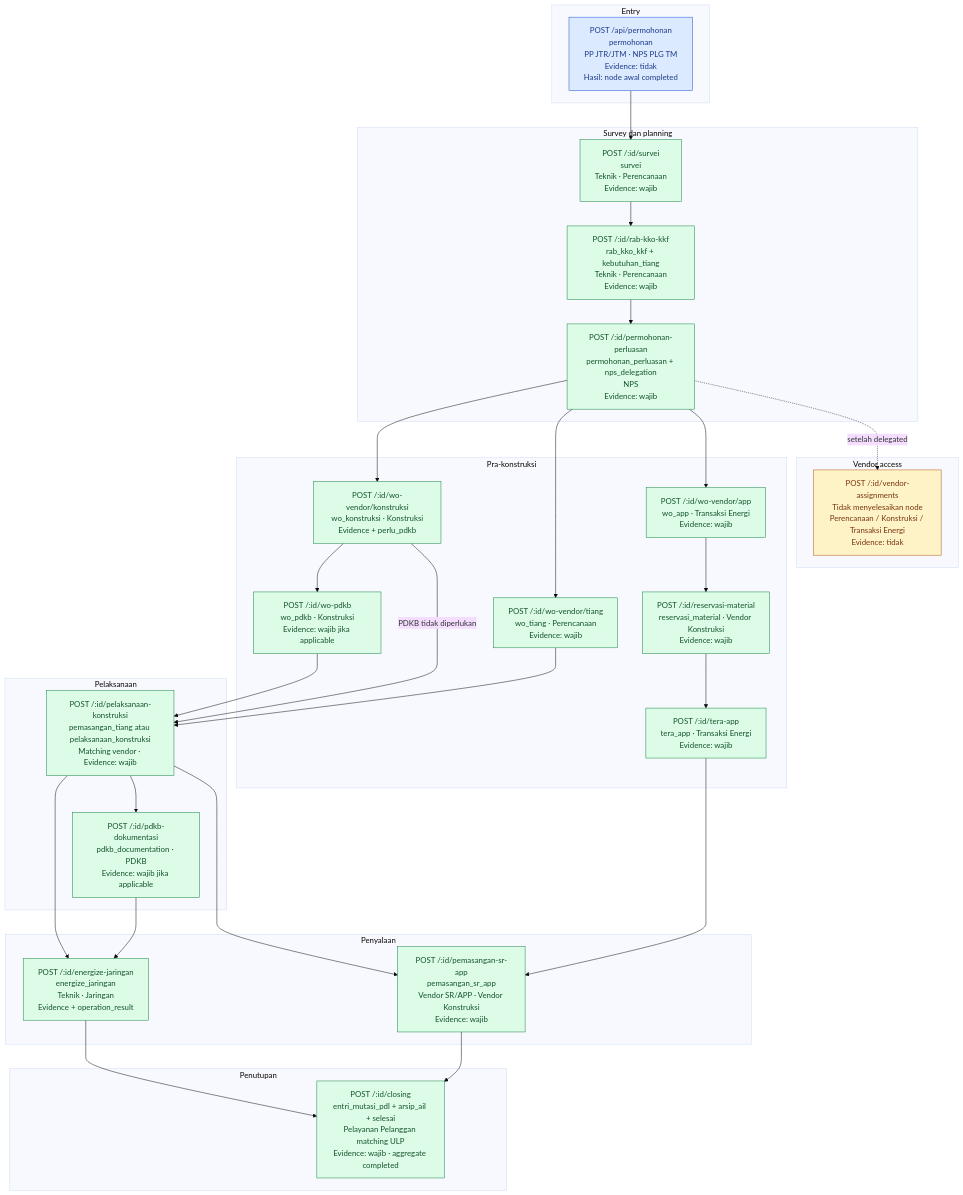
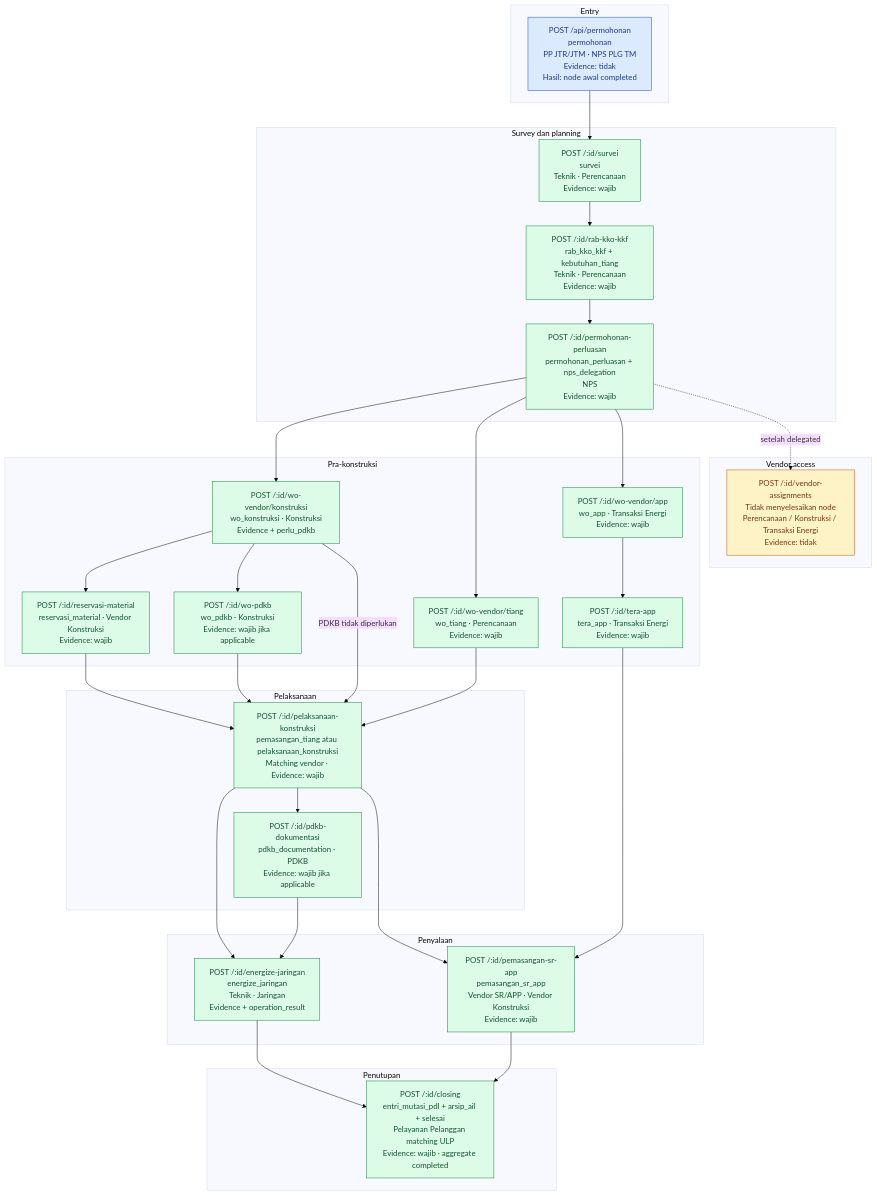
The diagram in docs/architecture/diagrams/08-api-action-map.md (pln-colabora/colabora-be), drawn with Mermaid (base theme) before and after one commit. The commit also changed 14 other files, not shown here.

````diff
--- a/docs/architecture/diagrams/08-api-action-map.md
+++ b/docs/architecture/diagrams/08-api-action-map.md
@@ -6,57 +6,58 @@
 ```mermaid
 flowchart TB
   classDef create fill:#dbeafe,stroke:#1d4ed8,color:#1e3a8a
   classDef evidence fill:#dcfce7,stroke:#15803d,color:#14532d
   classDef assignment fill:#fef3c7,stroke:#b45309,color:#78350f
 
   subgraph ENTRY["Entry"]
     create_req["POST /api/permohonan<br/>permohonan<br/>PP JTR/JTM · NPS PLG TM<br/>Evidence: tidak<br/>Hasil: node awal completed"]
   end
   subgraph S2S3["Survey dan planning"]
     survey["POST /:id/survei<br/>survei<br/>Teknik · Perencanaan<br/>Evidence: wajib"]
     rab["POST /:id/rab-kko-kkf<br/>rab_kko_kkf + kebutuhan_tiang<br/>Teknik · Perencanaan<br/>Evidence: wajib"]
     expansion["POST /:id/permohonan-perluasan<br/>permohonan_perluasan + nps_delegation<br/>NPS<br/>Evidence: wajib"]
   end
   subgraph ASSIGN["Vendor access"]
     assignment_req["POST /:id/vendor-assignments<br/>Tidak menyelesaikan node<br/>Perencanaan / Konstruksi / Transaksi Energi<br/>Evidence: tidak"]
   end
   subgraph S4["Pra-konstruksi"]
     wotiang["POST /:id/wo-vendor/tiang<br/>wo_tiang · Perencanaan<br/>Evidence: wajib"]
     wokonstruksi["POST /:id/wo-vendor/konstruksi<br/>wo_konstruksi · Konstruksi<br/>Evidence + perlu_pdkb"]
     woapp["POST /:id/wo-vendor/app<br/>wo_app · Transaksi Energi<br/>Evidence: wajib"]
     reservasi["POST /:id/reservasi-material<br/>reservasi_material · Vendor Konstruksi<br/>Evidence: wajib"]
     tera["POST /:id/tera-app<br/>tera_app · Transaksi Energi<br/>Evidence: wajib"]
     wopdkb["POST /:id/wo-pdkb<br/>wo_pdkb · Konstruksi<br/>Evidence: wajib jika applicable"]
   end
   subgraph S5["Pelaksanaan"]
     construction["POST /:id/pelaksanaan-konstruksi<br/>pemasangan_tiang atau pelaksanaan_konstruksi<br/>Matching vendor · Evidence: wajib"]
     pdkbdoc["POST /:id/pdkb-dokumentasi<br/>pdkb_documentation · PDKB<br/>Evidence: wajib jika applicable"]
   end
   subgraph S6["Penyalaan"]
     energize["POST /:id/energize-jaringan<br/>energize_jaringan<br/>Teknik · Jaringan<br/>Evidence + operation_result"]
     srapp["POST /:id/pemasangan-sr-app<br/>pemasangan_sr_app<br/>Vendor SR/APP · Vendor Konstruksi<br/>Evidence: wajib"]
   end
   subgraph S7["Penutupan"]
     closing["POST /:id/closing<br/>entri_mutasi_pdl + arsip_ail + selesai<br/>Pelayanan Pelanggan matching ULP<br/>Evidence: wajib · aggregate completed"]
   end
 
   create_req --> survey --> rab --> expansion
   expansion -. setelah delegated .-> assignment_req
   expansion --> wotiang
   expansion --> wokonstruksi
-  expansion --> woapp --> reservasi --> tera
+  expansion --> woapp --> tera
+  wokonstruksi --> reservasi --> construction
   wokonstruksi --> wopdkb --> construction
   wokonstruksi -->|PDKB tidak diperlukan| construction
   wotiang --> construction
   construction --> pdkbdoc
   construction --> energize
   pdkbdoc --> energize
   construction --> srapp
   tera --> srapp
   energize --> closing
   srapp --> closing
 
   class create_req create
   class survey,rab,expansion,wotiang,wokonstruksi,woapp,reservasi,tera,wopdkb,construction,pdkbdoc,energize,srapp,closing evidence
   class assignment_req assignment
 ```
````
